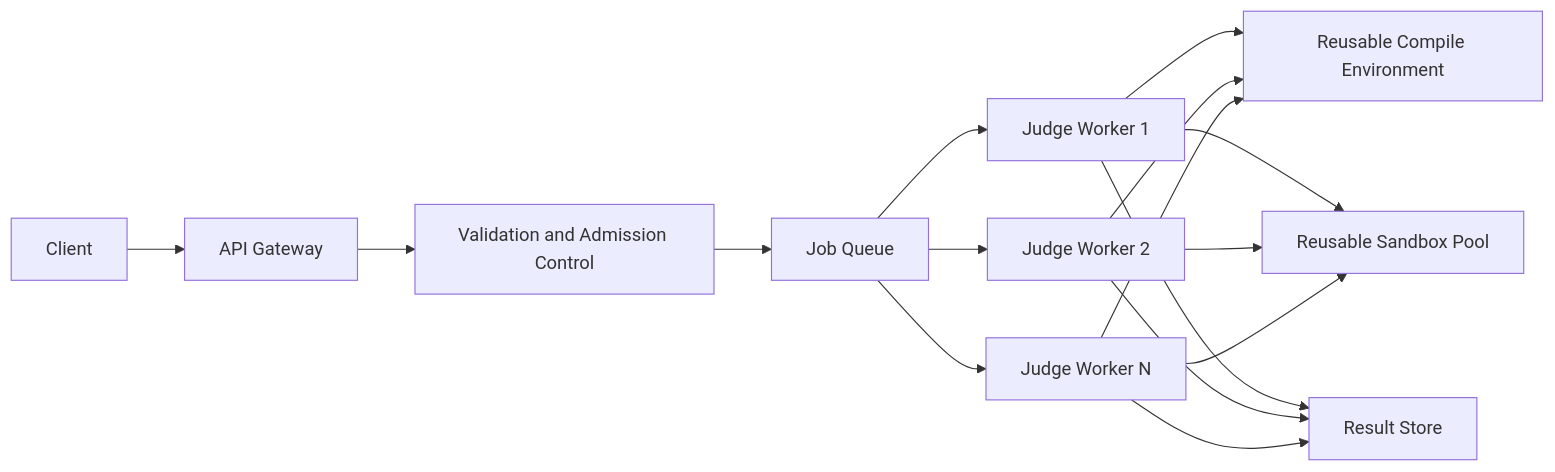
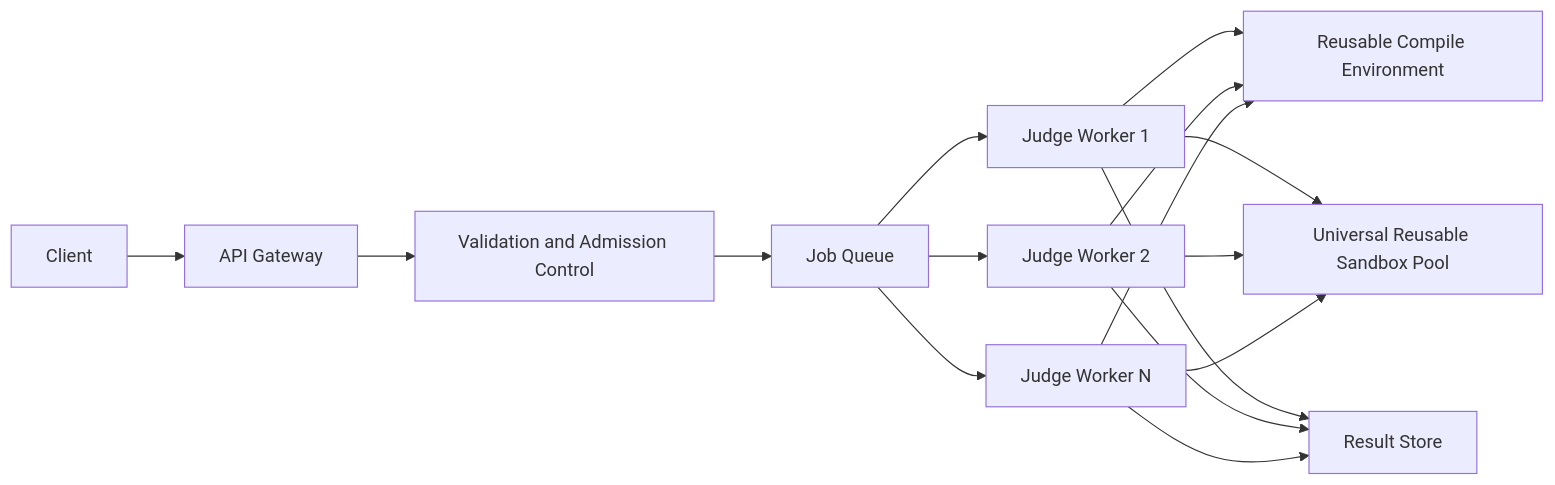
Before and after one commit to PixelsBH/YexJudge: the second of 2 diagrams in architecture.md, drawn with Mermaid. The commit also changed other lines of this file and 17 other files, not shown here.

````diff
--- a/architecture.md
+++ b/architecture.md
@@ -168,18 +203,18 @@
 ```mermaid
 flowchart LR
     Client[Client] --> Gateway[API Gateway]
     Gateway --> Validate[Validation and Admission Control]
     Validate --> Queue[Job Queue]
     Queue --> Worker1[Judge Worker 1]
     Queue --> Worker2[Judge Worker 2]
     Queue --> WorkerN[Judge Worker N]
     Worker1 --> CompilePool[Reusable Compile Environment]
     Worker2 --> CompilePool
     WorkerN --> CompilePool
-    Worker1 --> SandboxPool[Reusable Sandbox Pool]
+    Worker1 --> SandboxPool[Universal Reusable Sandbox Pool]
     Worker2 --> SandboxPool
     WorkerN --> SandboxPool
     Worker1 --> Results[Result Store]
     Worker2 --> Results
     WorkerN --> Results
 ```
````
